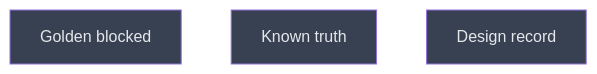
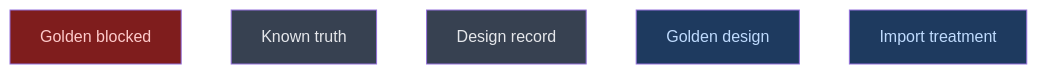
The diagram in __roadmap__/m6a-paired-stats/resolve/wired/proven/README.md (CrackingShells/Candler), drawn with Mermaid before and after one commit. The commit also changed other lines of this file and 7 other files, not shown here.

First line of the commit message:
rdm(stats): reshape m6a L3 around the golden design (A8, A10)

````diff
--- a/__roadmap__/m6a-paired-stats/resolve/wired/proven/README.md
+++ b/__roadmap__/m6a-paired-stats/resolve/wired/proven/README.md
@@ -20,11 +21,13 @@
 ```mermaid
 graph TD
-    golden_blocked[Golden blocked]:::planned
+    golden_blocked[Golden blocked]:::blocked
     known_truth[Known truth]:::planned
     design_record[Design record]:::planned
+    golden_design[Golden design]:::amendment
+    import_treatment[Import treatment]:::amendment
     classDef done       fill:#166534,color:#bbf7d0
     classDef inprogress fill:#854d0e,color:#fef08a
     classDef planned    fill:#374151,color:#e5e7eb
     classDef amendment  fill:#1e3a5f,color:#bfdbfe
     classDef blocked    fill:#7f1d1d,color:#fecaca
 ```
````
